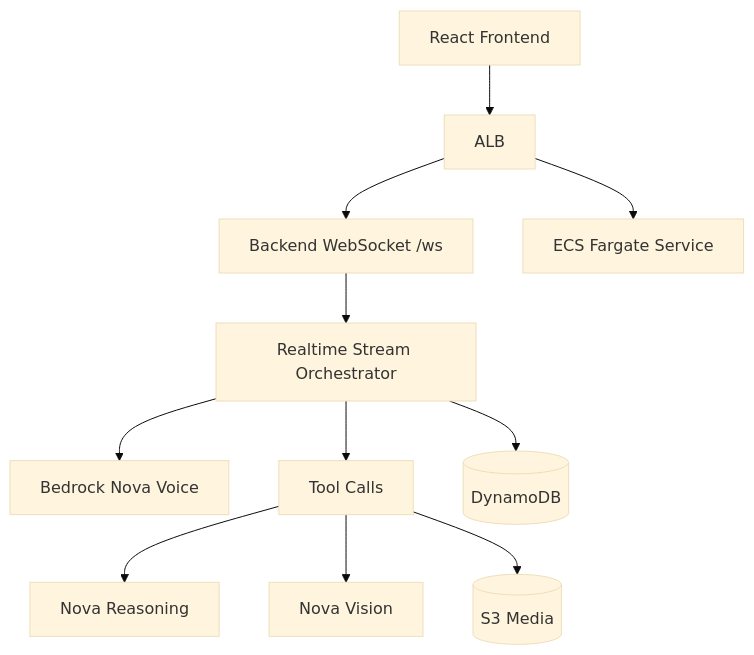
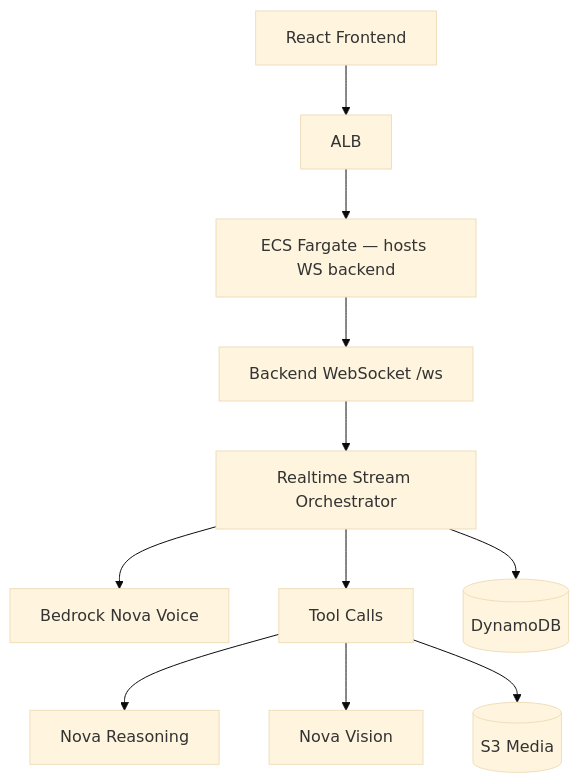
One commit to ogabasseyy/ekaette changed the diagram in docs/hackathons/nova-architecture.md. Above: the diagram before and after it, drawn with Mermaid (base theme). The commit also changed 33 other files, not shown here.

````diff
--- a/docs/hackathons/nova-architecture.md
+++ b/docs/hackathons/nova-architecture.md
@@ -3,13 +3,13 @@
 ```mermaid
 graph TB
     UI[React Frontend] --> ALB[ALB]
-    ALB --> WS[Backend WebSocket /ws]
+    ALB --> ECS[ECS Fargate — hosts WS backend]
+    ECS --> WS[Backend WebSocket /ws]
     WS --> RT[Realtime Stream Orchestrator]
     RT --> NOVA[Bedrock Nova Voice]
     RT --> TOOLS[Tool Calls]
     TOOLS --> TXT[Nova Reasoning]
     TOOLS --> VIS[Nova Vision]
     RT --> DDB[(DynamoDB)]
     TOOLS --> S3[(S3 Media)]
-    ALB --> ECS[ECS Fargate Service]
 ```
````
